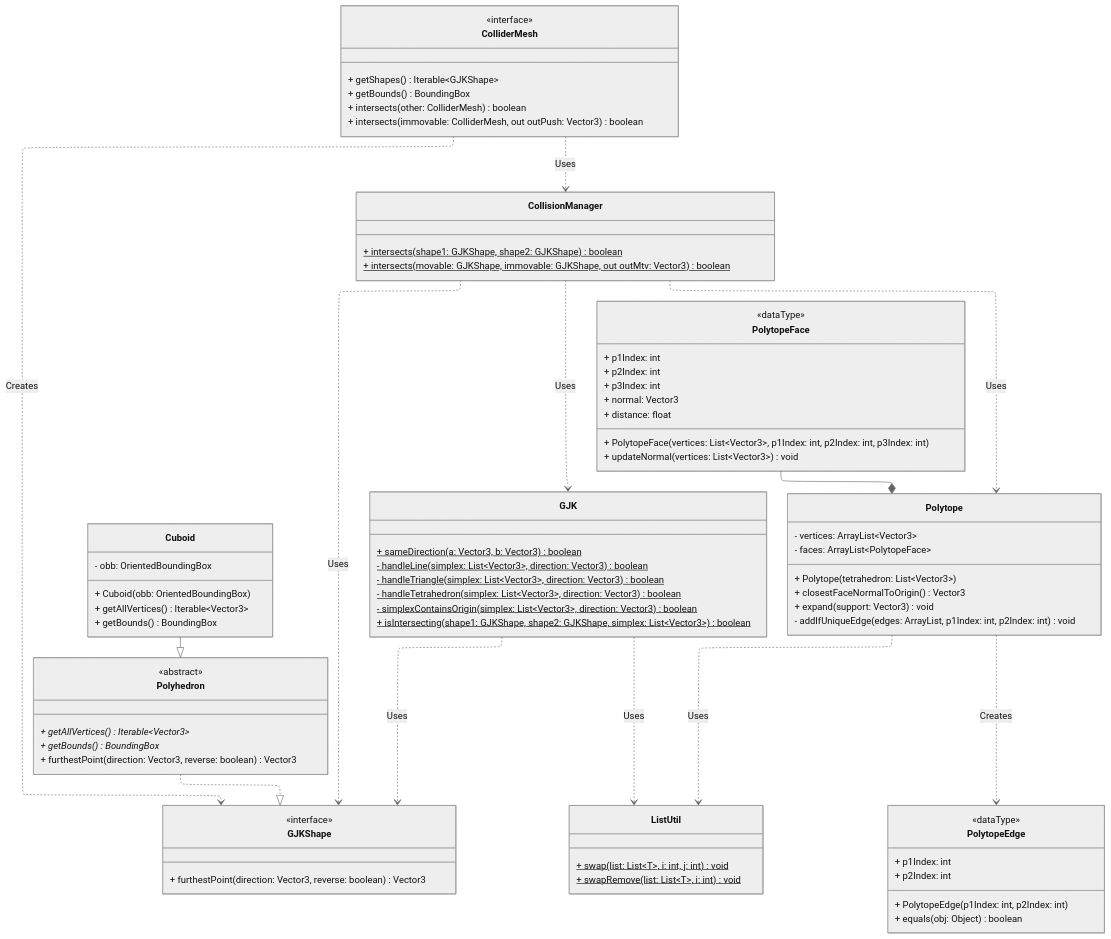
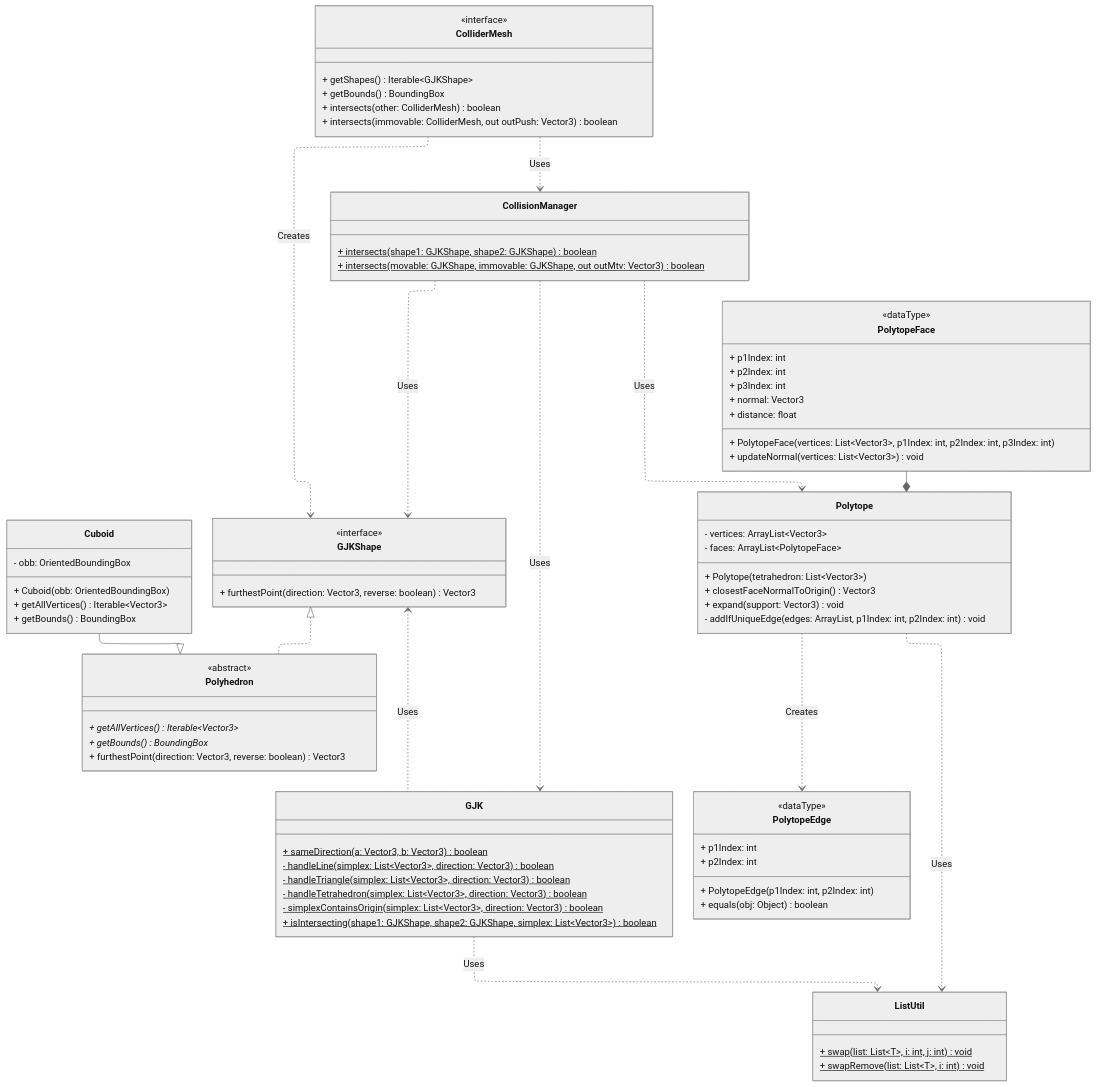
Before and after one commit to TemariVirus/harbour-franca: the diagram in class-diagram/collision.mmd, drawn with Mermaid. The commit also changed 2 other files, not shown here.

Commit message:
Layout class diagrams nicely

```diff
--- a/class-diagram/collision.mmd
+++ b/class-diagram/collision.mmd
@@ -1,106 +1,106 @@
 ---
 config:
     theme: neutral
     layout: elk
     defaultRenderer: elk
     elk:
         nodePlacementStrategy: NETWORK_SIMPLEX
 ---
 
 classDiagram
     Cuboid --|> Polyhedron
-    Polyhedron ..|> GJKShape
+    GJKShape <|.. Polyhedron
     ColliderMesh ..> GJKShape: Creates
     ColliderMesh ..> CollisionManager: Uses
     CollisionManager ..> GJK: Uses
     CollisionManager ..> GJKShape: Uses
     CollisionManager ..> Polytope: Uses
-    GJK ..> GJKShape: Uses
+    GJKShape <.. GJK: Uses
     GJK ..> ListUtil: Uses
     Polytope ..> ListUtil: Uses
     Polytope ..> PolytopeEdge: Creates
     PolytopeFace --* Polytope
 
 
     class ColliderMesh {
         <<interface>>
 
         + getShapes() Iterable~GJKShape~
         + getBounds() BoundingBox
         + intersects(other: ColliderMesh) boolean
         + intersects(immovable: ColliderMesh, out outPush: Vector3) boolean
     }
 
     class CollisionManager {
         + intersects(shape1: GJKShape, shape2: GJKShape)$ boolean
         + intersects(movable: GJKShape, immovable: GJKShape, out outMtv: Vector3)$ boolean
     }
 
     class GJK {
         + sameDirection(a: Vector3, b: Vector3)$ boolean
         - handleLine(simplex: List~Vector3~, direction: Vector3)$ boolean
         - handleTriangle(simplex: List~Vector3~, direction: Vector3)$ boolean
         - handleTetrahedron(simplex: List~Vector3~, direction: Vector3)$ boolean
         - simplexContainsOrigin(simplex: List~Vector3~, direction: Vector3)$ boolean
         + isIntersecting(shape1: GJKShape, shape2: GJKShape, simplex: List~Vector3~)$ boolean
     }
 
     class Polytope {
         - vertices: ArrayList~Vector3~
         - faces: ArrayList~PolytopeFace~
 
         + Polytope(tetrahedron: List~Vector3~)
         + closestFaceNormalToOrigin() Vector3
         + expand(support: Vector3) void
         - addIfUniqueEdge(edges: ArrayList<PolytopeEdge>, p1Index: int, p2Index: int) void
     }
 
     class PolytopeEdge {
         <<dataType>>
 
         + p1Index: int
         + p2Index: int
 
         + PolytopeEdge(p1Index: int, p2Index: int)
         + equals(obj: Object) boolean
     }
 
     class PolytopeFace {
         <<dataType>>
 
         + p1Index: int
         + p2Index: int
         + p3Index: int
         + normal: Vector3
         + distance: float
 
         + PolytopeFace(vertices: List~Vector3~, p1Index: int, p2Index: int, p3Index: int)
         + updateNormal(vertices: List~Vector3~) void
     }
 
     class Cuboid {
         - obb: OrientedBoundingBox
 
         + Cuboid(obb: OrientedBoundingBox)
         + getAllVertices() Iterable~Vector3~
         + getBounds() BoundingBox
     }
 
     class GJKShape {
         <<interface>>
 
         + furthestPoint(direction: Vector3, reverse: boolean) Vector3
     }
 
     class Polyhedron {
         <<abstract>>
 
         + getAllVertices()* Iterable~Vector3~
         + getBounds()* BoundingBox
         + furthestPoint(direction: Vector3, reverse: boolean) Vector3
     }
 
     class ListUtil {
         + swap(list: List~T~, i: int, j: int)$ void
         + swapRemove(list: List~T~, i: int)$ void
     }
```
